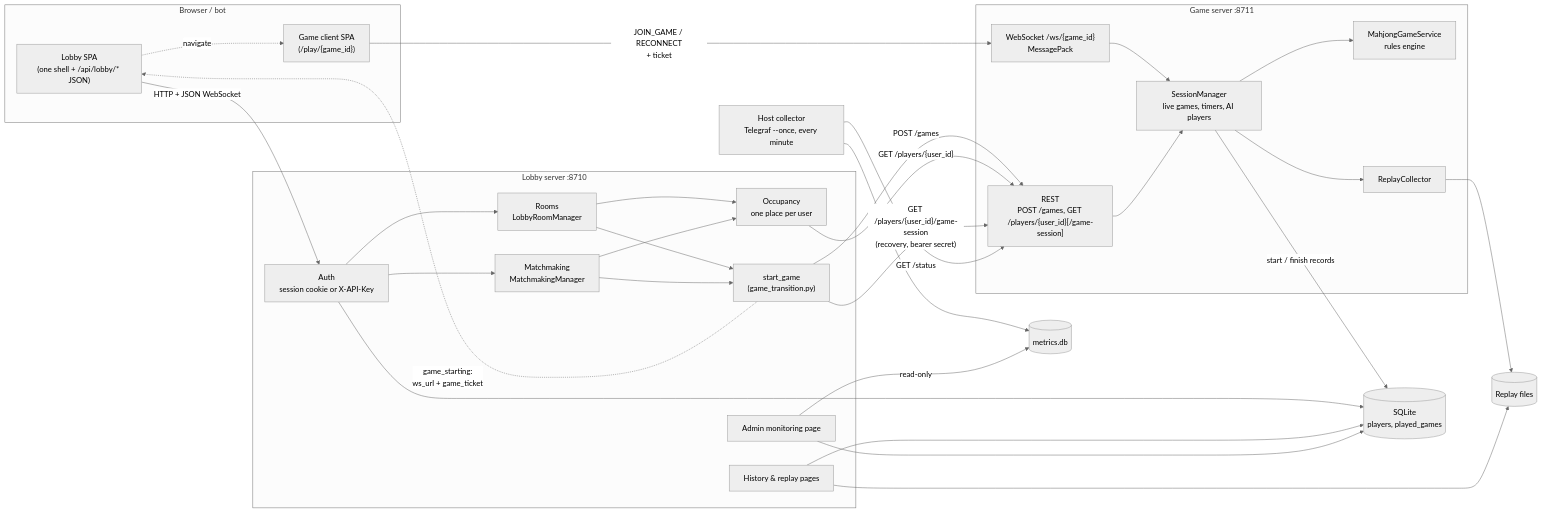
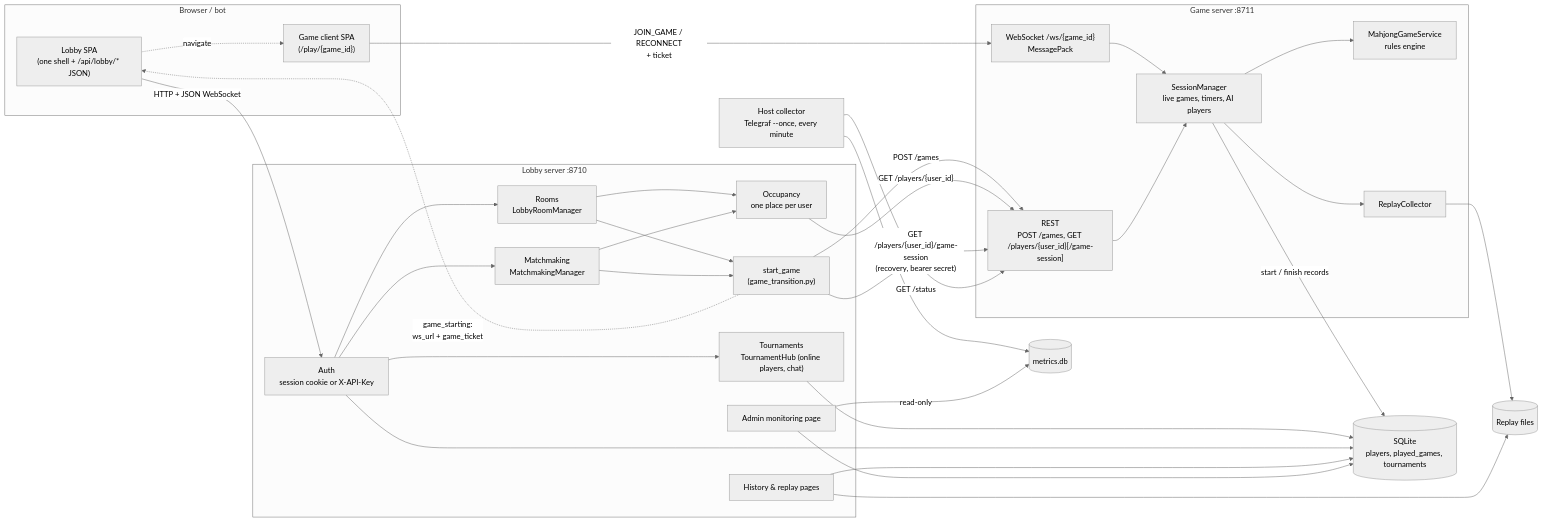
Before and after one commit to MahjongRepository/ronin: the first of 8 diagrams in docs/architecture.md, drawn with Mermaid (neutral theme). The commit also changed other lines of this file and 23 other files, not shown here.

First line of the commit message:
feat: add the tournament socket with presence, chat and its page script

````diff
--- a/docs/architecture.md
+++ b/docs/architecture.md
@@ -13,52 +13,54 @@
 ```mermaid
 flowchart LR
     subgraph Client["Browser / bot"]
         LobbyPages["Lobby SPA<br/>(one shell + /api/lobby/* JSON)"]
         GameClient["Game client SPA<br/>(/play/{game_id})"]
     end
 
     subgraph Lobby["Lobby server :8710"]
         Auth["Auth<br/>session cookie or X-API-Key"]
         Rooms["Rooms<br/>LobbyRoomManager"]
         MM["Matchmaking<br/>MatchmakingManager"]
+        Tour["Tournaments<br/>TournamentHub (online players, chat)"]
         Occ["Occupancy<br/>one place per user"]
         Start["start_game<br/>(game_transition.py)"]
         History["History & replay pages"]
         Monitoring["Admin monitoring page"]
     end
 
     subgraph Game["Game server :8711"]
         REST["REST<br/>POST /games, GET /players/{user_id}[/game-session]"]
         WS["WebSocket /ws/{game_id}<br/>MessagePack"]
         SM["SessionManager<br/>live games, timers, AI players"]
         Engine["MahjongGameService<br/>rules engine"]
         Replay["ReplayCollector"]
     end
 
-    DB[("SQLite<br/>players, played_games")]
+    DB[("SQLite<br/>players, played_games, tournaments")]
     Files[("Replay files")]
     Collector["Host collector<br/>Telegraf --once, every minute"]
     Metrics[("metrics.db")]
 
     LobbyPages -- "HTTP + JSON WebSocket" --> Auth
-    Auth --> Rooms & MM
+    Auth --> Rooms & MM & Tour
+    Tour --> DB
     Rooms & MM --> Occ
     Rooms & MM --> Start
     Start -- "POST /games" --> REST
     Occ -- "GET /players/{user_id}" --> REST
     Start -- "GET /players/{user_id}/game-session<br/>(recovery, bearer secret)" --> REST
     Start -. "game_starting:<br/>ws_url + game_ticket" .-> LobbyPages
     LobbyPages -. "navigate" .-> GameClient
     GameClient -- "JOIN_GAME / RECONNECT<br/>+ ticket" --> WS
     WS --> SM --> Engine
     SM --> Replay --> Files
     REST --> SM
     Auth --> DB
     History --> DB
     History --> Files
     SM -- "start / finish records" --> DB
     Collector -- "GET /status" --> REST
     Collector --> Metrics
     Monitoring -- "read-only" --> Metrics
     Monitoring --> DB
 ```
````
